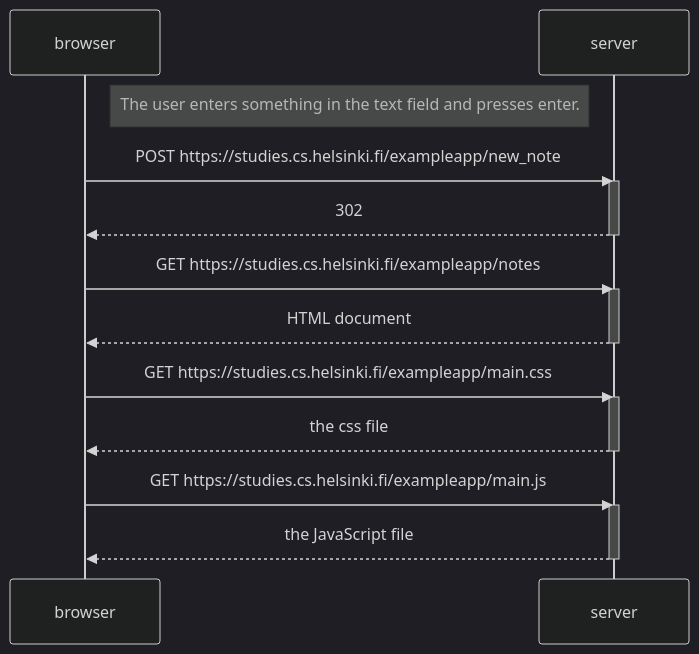
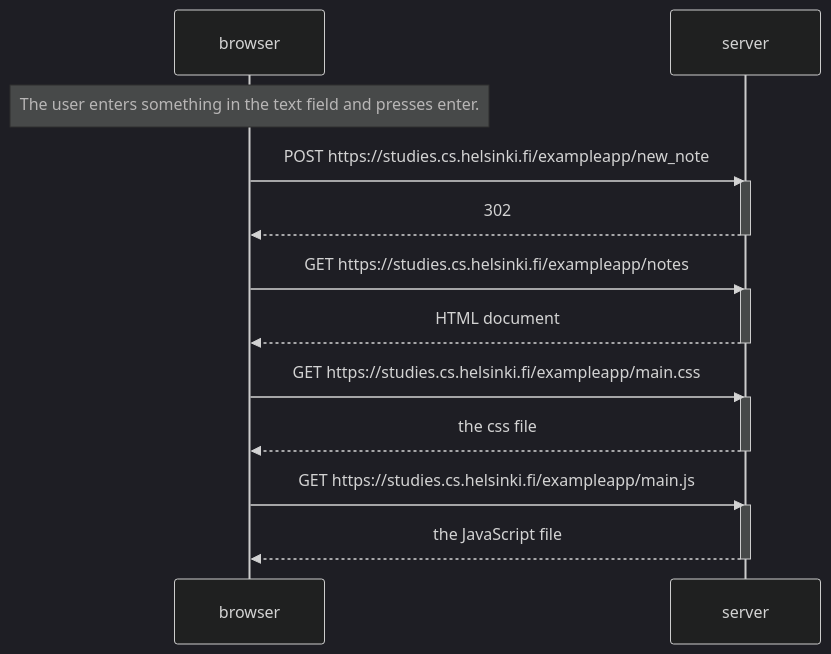
Before and after one commit to Ali-767/Full_Stack_Open: the diagram in Part 0/0.4_New_Note_diagram.md, drawn with Mermaid (dark theme).

````diff
--- a/Part 0/0.4_New_Note_diagram.md
+++ b/Part 0/0.4_New_Note_diagram.md
@@ -1,26 +1,26 @@
 ```mermaid
 sequenceDiagram
     participant browser
     participant server
 
-    Note right of browser: The user enters something in the text field and presses enter.
+    Note over browser: The user enters something in the text field and presses enter.
     browser->>server: POST https://studies.cs.helsinki.fi/exampleapp/new_note
     activate server
     server-->>browser: 302
     deactivate server
 
     browser->>server: GET https://studies.cs.helsinki.fi/exampleapp/notes
     activate server
     server-->>browser: HTML document
     deactivate server
 
     browser->>server: GET https://studies.cs.helsinki.fi/exampleapp/main.css
     activate server
     server-->>browser: the css file
     deactivate server
 
     browser->>server: GET https://studies.cs.helsinki.fi/exampleapp/main.js
     activate server
     server-->>browser: the JavaScript file
     deactivate server
 ```
````
